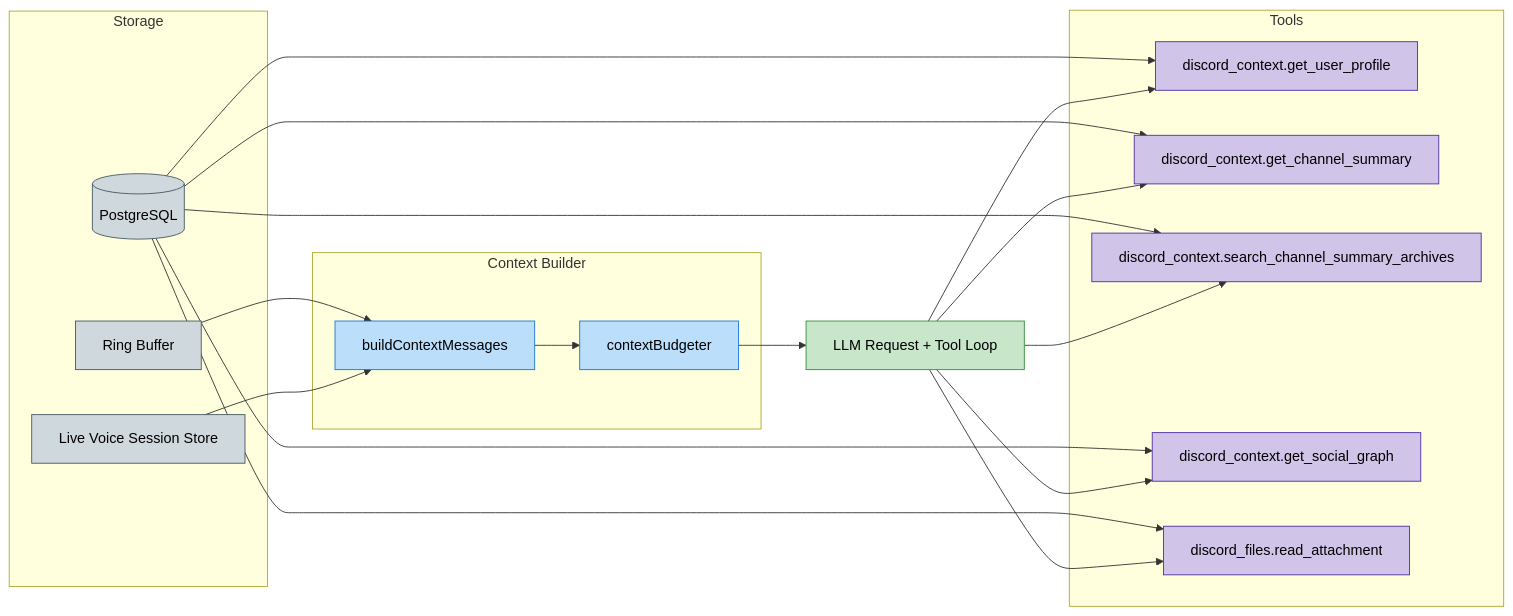
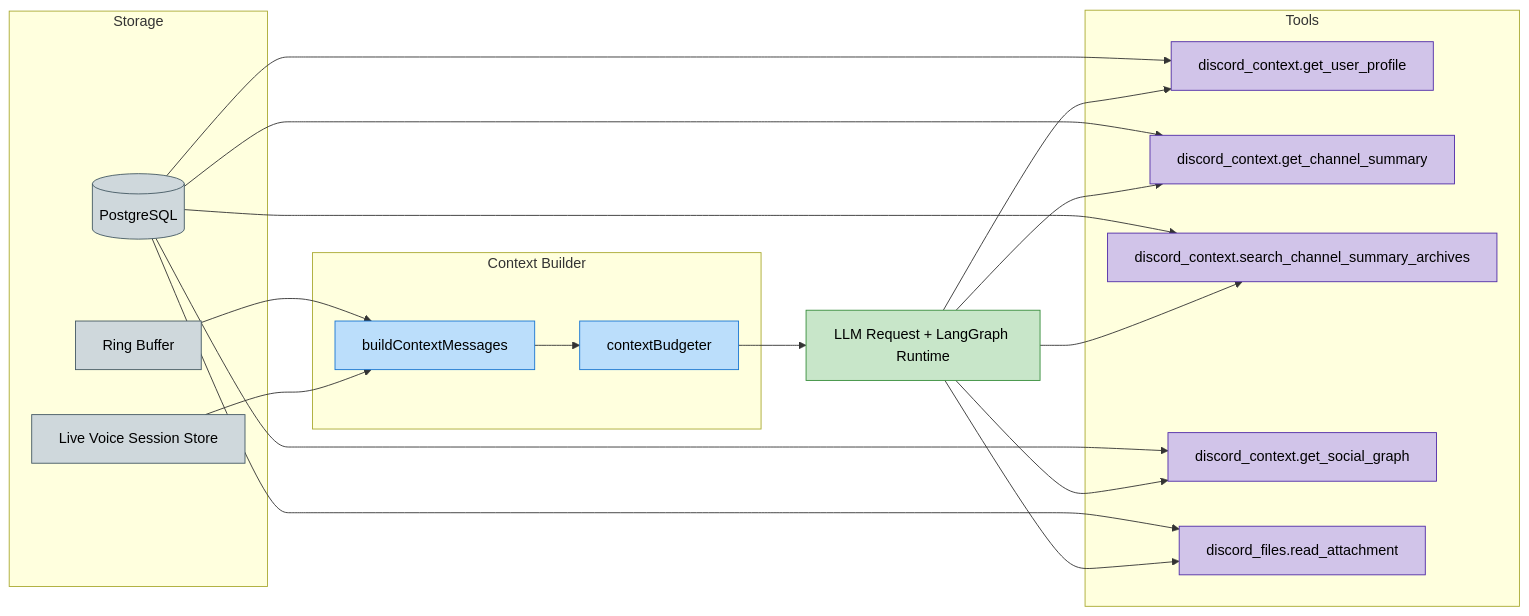
One commit to BokX1/Sage changed the diagram in docs/architecture/MEMORY.md. Above: the diagram before and after it, drawn with Mermaid. The commit also changed other lines of this file and 17 other files, not shown here.

````diff
--- a/docs/architecture/MEMORY.md
+++ b/docs/architecture/MEMORY.md
@@ -75,40 +75,40 @@
 ```mermaid
 flowchart LR
     classDef storage fill:#cfd8dc,stroke:#455a64,color:black
     classDef tools fill:#d1c4e9,stroke:#512da8,color:black
     classDef builder fill:#bbdefb,stroke:#1976d2,color:black
     classDef llm fill:#c8e6c9,stroke:#388e3c,color:black
 
     subgraph Storage
         DB[(PostgreSQL)]:::storage
         RB[Ring Buffer]:::storage
         VS[Live Voice Session Store]:::storage
     end
 
     subgraph Tools
         U[discord_context.get_user_profile]:::tools
         C[discord_context.get_channel_summary]:::tools
         A[discord_context.search_channel_summary_archives]:::tools
         G[discord_context.get_social_graph]:::tools
         F[discord_files.read_attachment]:::tools
     end
 
     subgraph Builder["Context Builder"]
         MB[buildContextMessages]:::builder
         Budget[contextBudgeter]:::builder
     end
 
     RB --> MB
     VS --> MB
-    MB --> Budget --> LLM[LLM Request + Tool Loop]:::llm
+    MB --> Budget --> LLM[LLM Request + LangGraph Runtime]:::llm
     DB --> U
     DB --> C
     DB --> A
     DB --> G
     DB --> F
     LLM --> U
     LLM --> C
     LLM --> A
     LLM --> G
     LLM --> F
 ```
````
